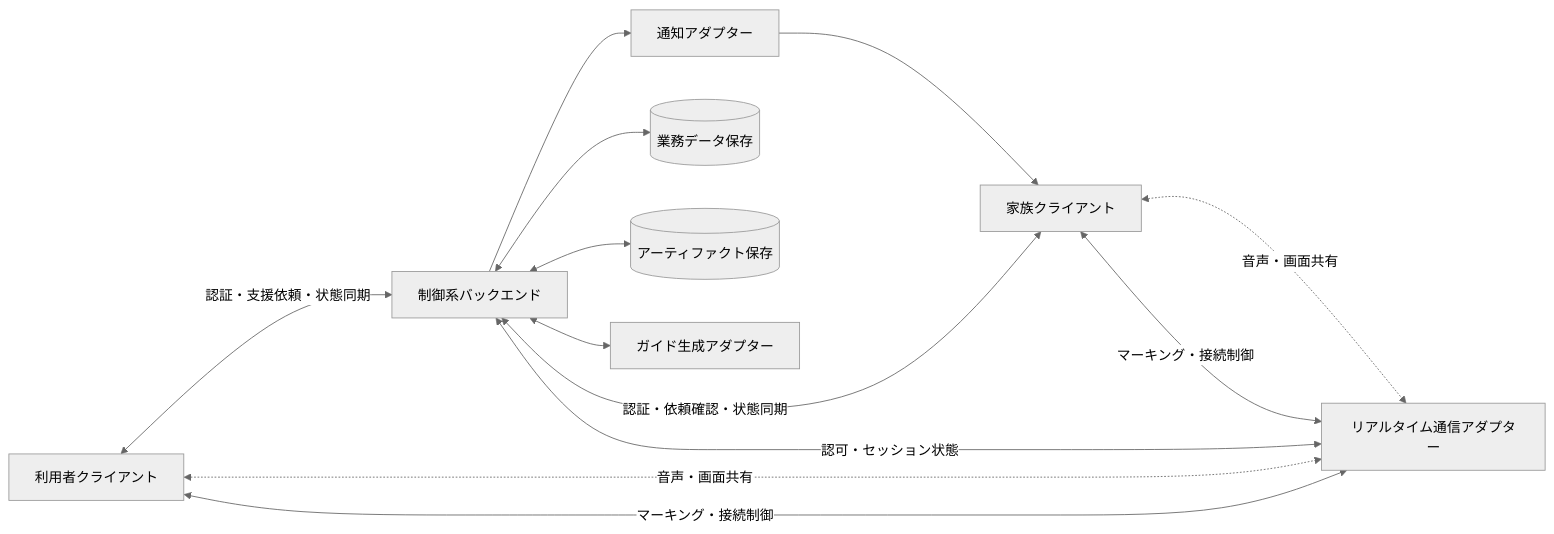
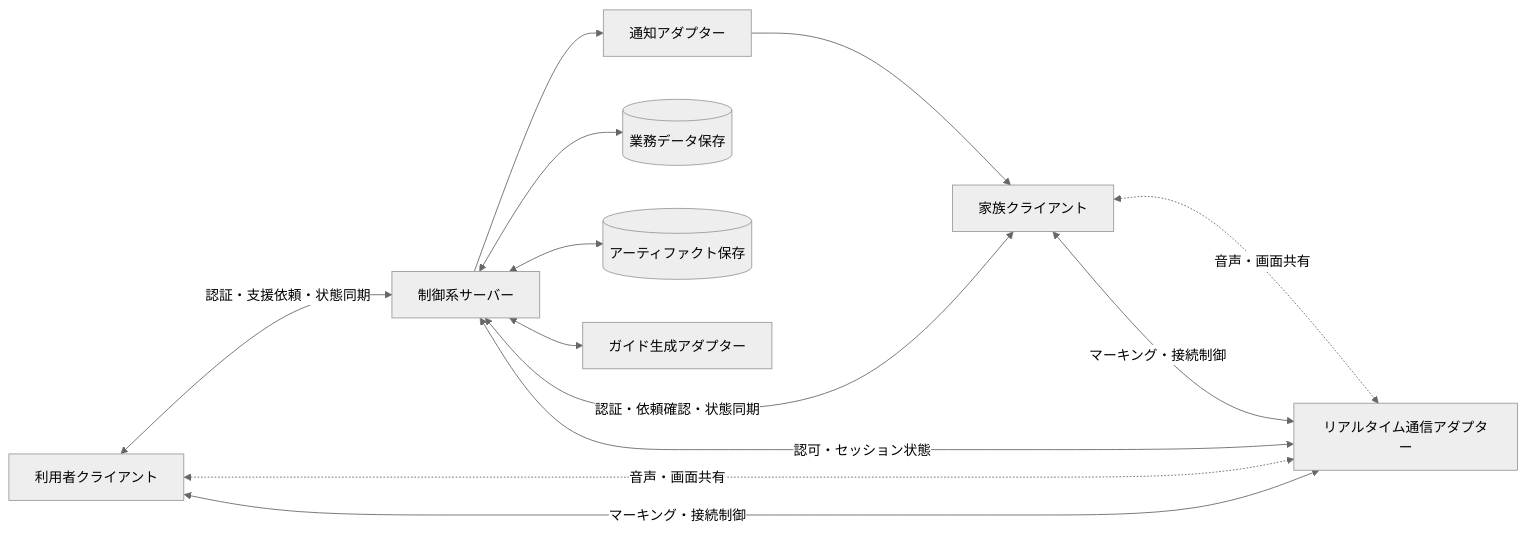
Before and after one commit to kakuraccho/mite: the first of 2 diagrams in docs/tech-specification.md, drawn with Mermaid (neutral theme). The commit also changed other lines of this file and 12 other files, not shown here.

````diff
--- a/docs/tech-specification.md
+++ b/docs/tech-specification.md
@@ -93,24 +93,24 @@
 ```mermaid
 flowchart LR
     U[利用者クライアント]
     F[家族クライアント]
-    B[制御系バックエンド]
+    B[制御系サーバー]
     N[通知アダプター]
     R[リアルタイム通信アダプター]
     G[ガイド生成アダプター]
     DB[(業務データ保存)]
     OBJ[(アーティファクト保存)]
 
     U <-->|認証・支援依頼・状態同期| B
     F <-->|認証・依頼確認・状態同期| B
     B --> N
     N --> F
     B <--> DB
     B <--> OBJ
     B <--> G
     U <-. 音声・画面共有 .-> R
     F <-. 音声・画面共有 .-> R
     U <-->|マーキング・接続制御| R
     F <-->|マーキング・接続制御| R
     R <-->|認可・セッション状態| B
 ```
````
